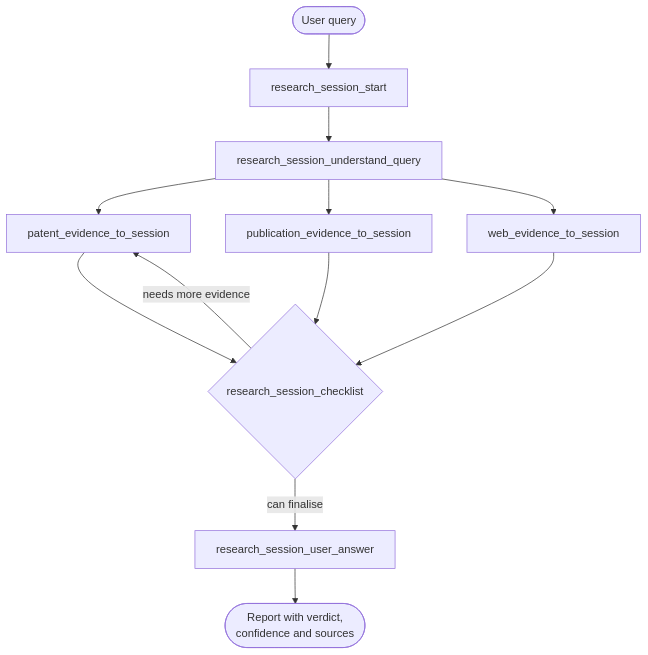
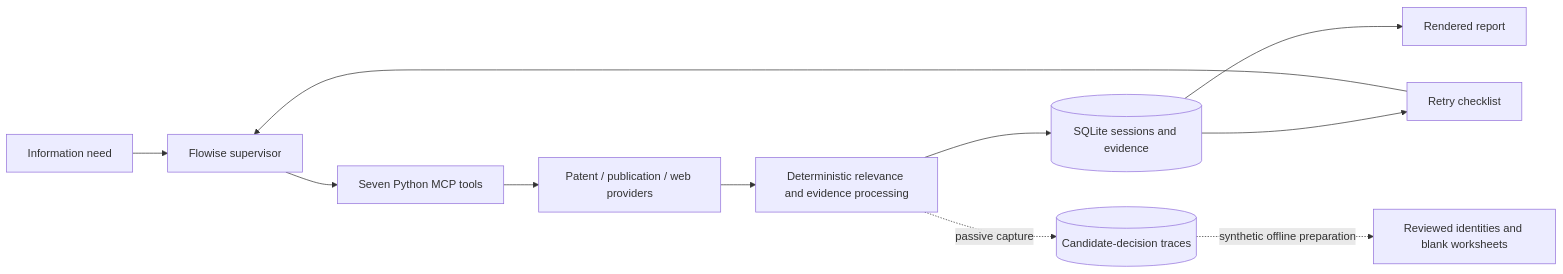
The diagram in README.md (RobackaB/novelty-research-mcp), drawn with Mermaid before and after one commit. The commit also changed other lines of this file and 10 other files, not shown here.

````diff
--- a/README.md
+++ b/README.md
@@ -39,14 +37,13 @@
 ```mermaid
-flowchart TD
-    U([User query]) --> S[research_session_start]
-    S --> Q[research_session_understand_query]
-    Q --> P[patent_evidence_to_session]
-    Q --> B[publication_evidence_to_session]
-    Q --> W[web_evidence_to_session]
-    P --> C{research_session_checklist}
-    B --> C
-    W --> C
-    C -->|needs more evidence| P
-    C -->|can finalise| A[research_session_user_answer]
-    A --> R([Report with verdict,<br/>confidence and sources])
+flowchart LR
+    U[Information need] --> F[Flowise supervisor]
+    F --> M[Seven Python MCP tools]
+    M --> P[Patent / publication / web providers]
+    P --> E[Deterministic relevance and evidence processing]
+    E --> D[(SQLite sessions and evidence)]
+    D --> C[Retry checklist]
+    C --> F
+    D --> R[Rendered report]
+    E -. passive capture .-> V[(Candidate-decision traces)]
+    V -. synthetic offline preparation .-> O[Reviewed identities and blank worksheets]
 ```
````
